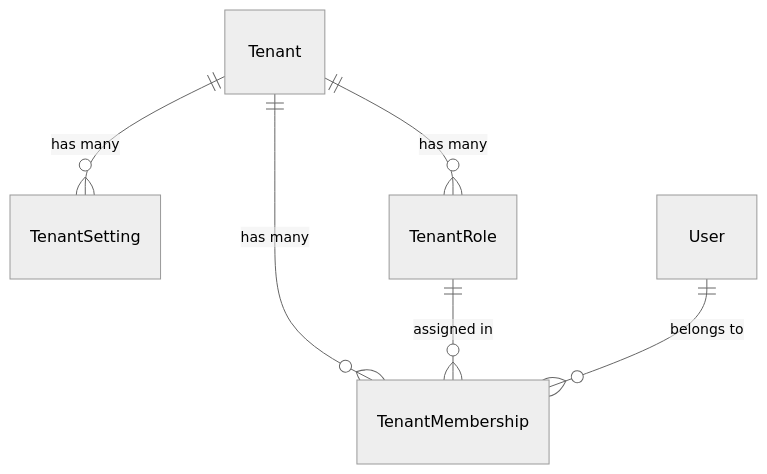
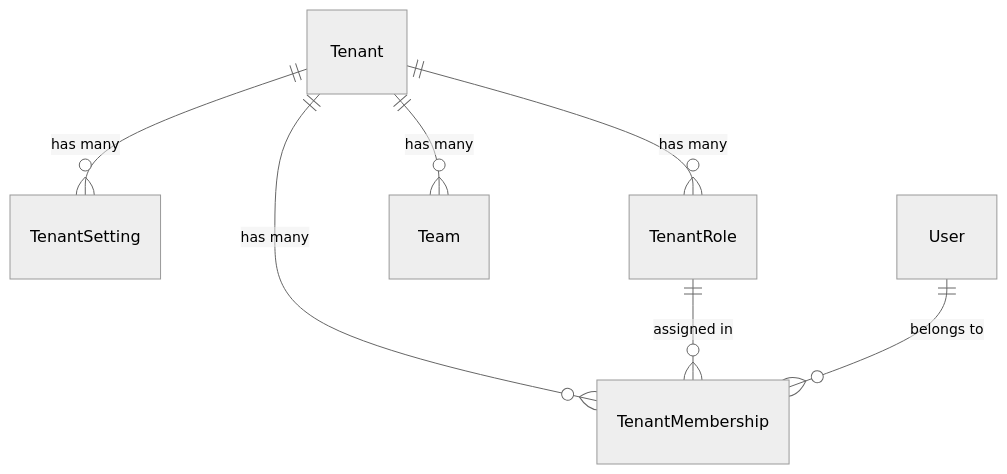
One commit to camercadop/drf-enterprise-information-platform changed the diagram in apps/tenants/README.md. Above: the diagram before and after it, drawn with Mermaid (neutral theme). The commit also changed other lines of this file and 35 other files, not shown here.

````diff
--- a/apps/tenants/README.md
+++ b/apps/tenants/README.md
@@ -40,8 +40,9 @@
 ```mermaid
 erDiagram
     Tenant ||--o{ TenantSetting : "has many"
     Tenant ||--o{ TenantRole : "has many"
     Tenant ||--o{ TenantMembership : "has many"
+    Tenant ||--o{ Team : "has many"
     TenantRole ||--o{ TenantMembership : "assigned in"
     User ||--o{ TenantMembership : "belongs to"
 ```
````
